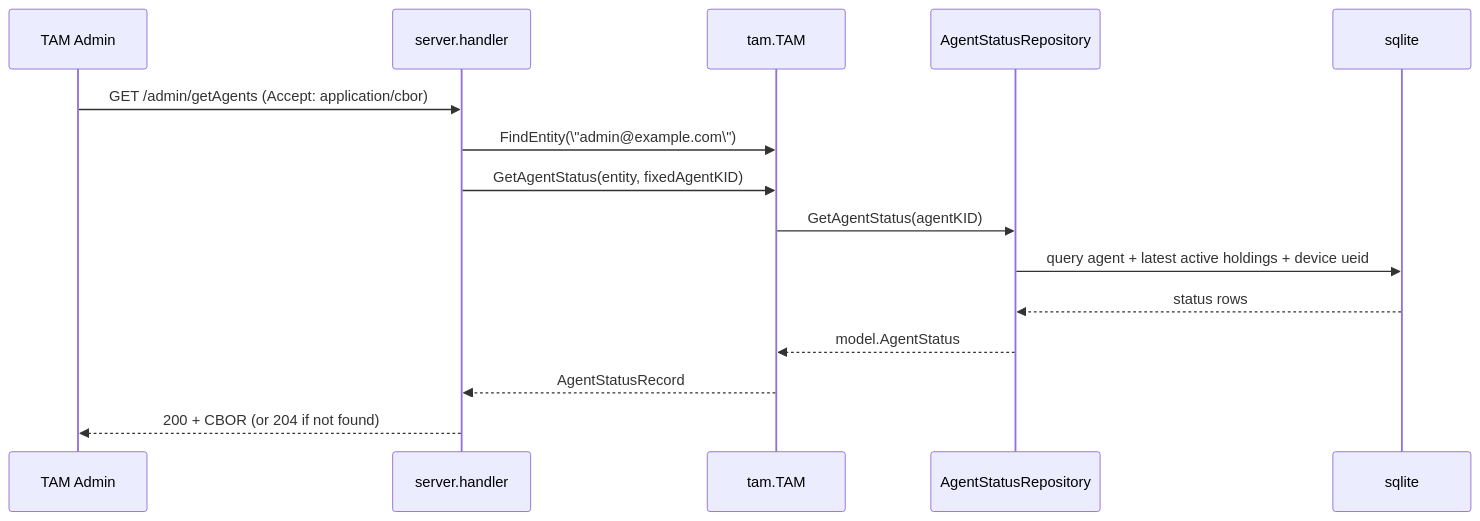
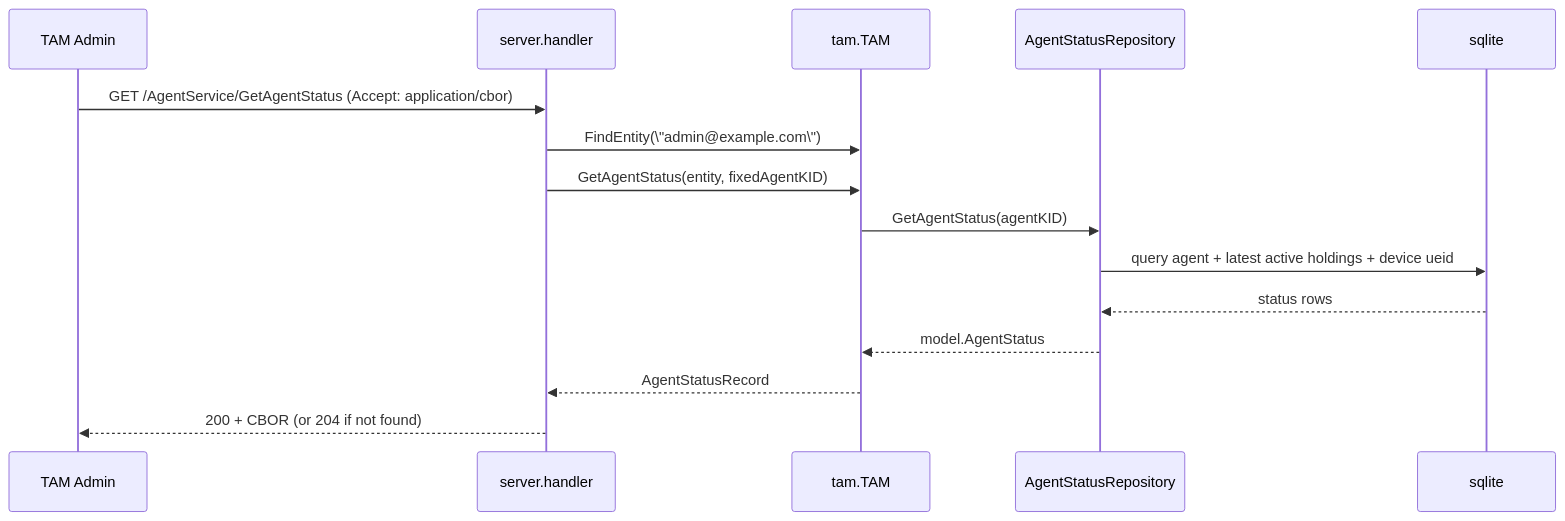
The second of 2 diagrams in doc/TAM_STATUS_TEEP_AGENT_STATUS.md (kentakayama/AttesTAM), drawn with Mermaid before and after one commit. The commit also changed other lines of this file and 17 other files, not shown here.

````diff
--- a/doc/TAM_STATUS_TEEP_AGENT_STATUS.md
+++ b/doc/TAM_STATUS_TEEP_AGENT_STATUS.md
@@ -66,18 +66,18 @@
 ```mermaid
 sequenceDiagram
     participant Admin as TAM Admin
     participant H as server.handler
     participant T as tam.TAM
     participant R as AgentStatusRepository
     participant DB as sqlite
 
-    Admin->>H: GET /admin/getAgents (Accept: application/cbor)
+    Admin->>H: GET /AgentService/GetAgentStatus (Accept: application/cbor)
     H->>T: FindEntity(\"admin@example.com\")
     H->>T: GetAgentStatus(entity, fixedAgentKID)
     T->>R: GetAgentStatus(agentKID)
     R->>DB: query agent + latest active holdings + device ueid
     DB-->>R: status rows
     R-->>T: model.AgentStatus
     T-->>H: AgentStatusRecord
     H-->>Admin: 200 + CBOR (or 204 if not found)
 ```
````
